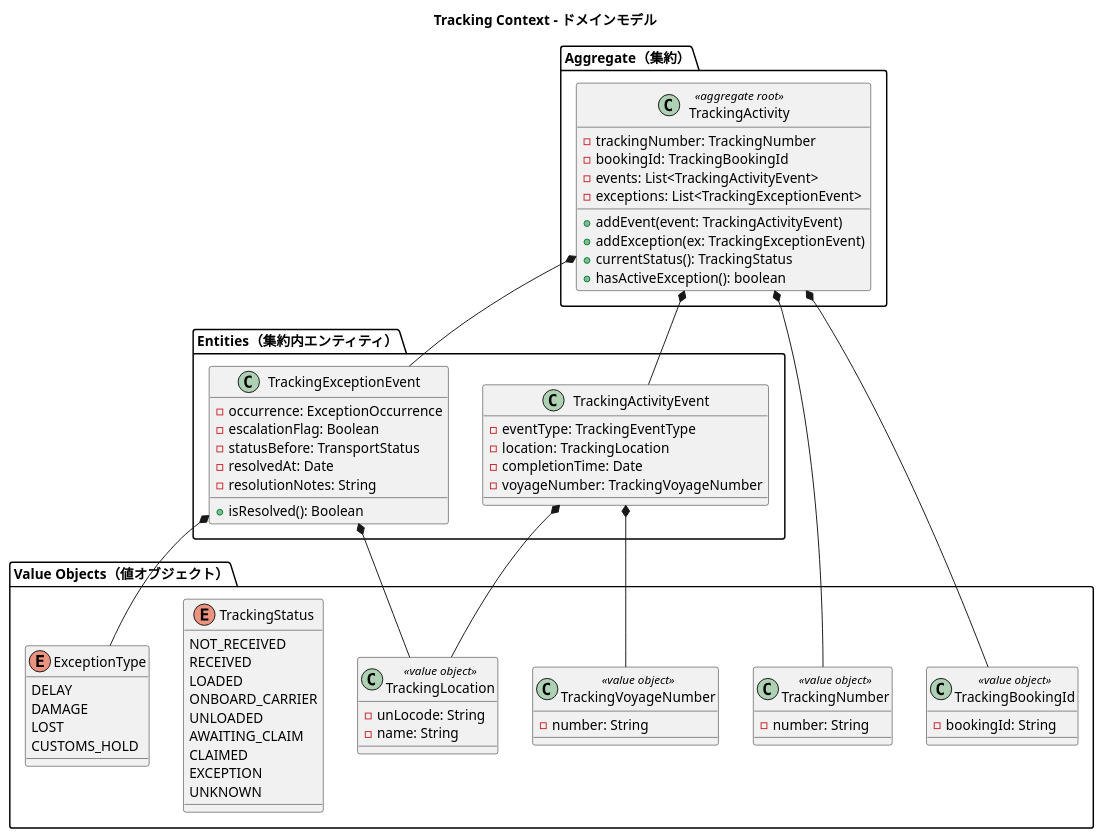
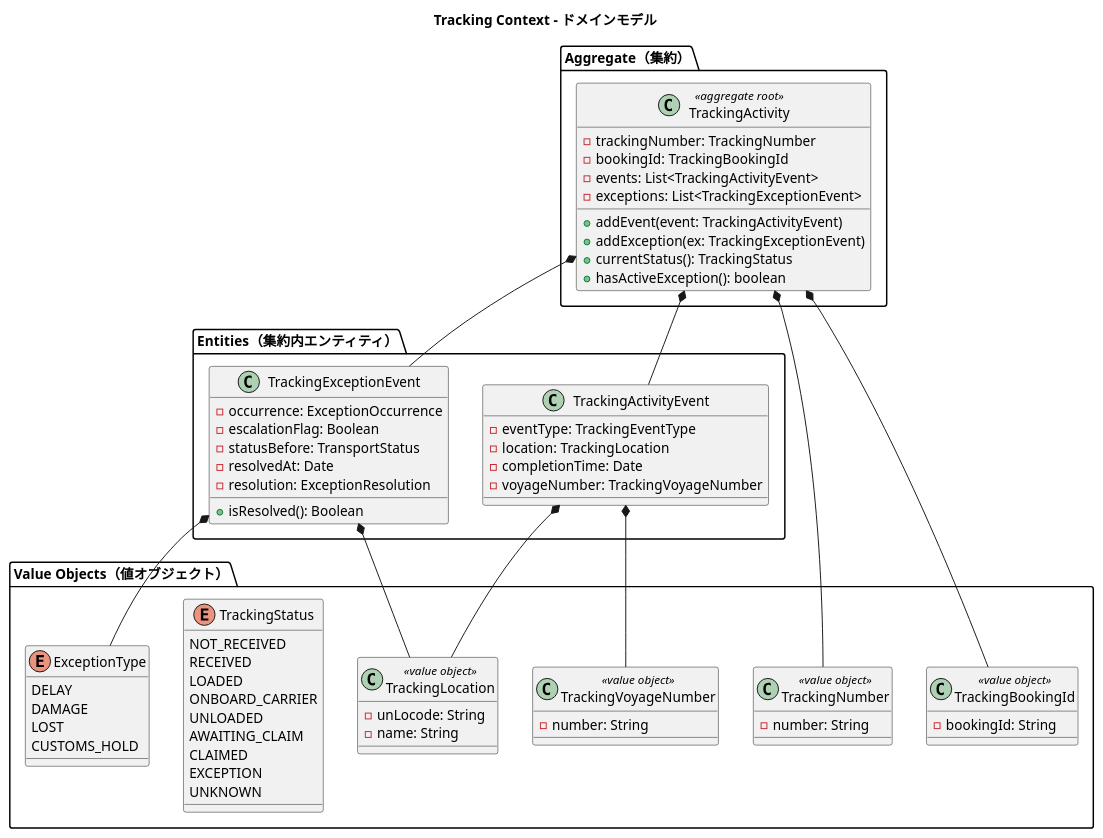
Before and after one commit to k2works/case-study-cargo-tracker: the sixth of 11 diagrams in docs/design/domain-model.md, drawn with PlantUML. The commit also changed other lines of this file and 18 other files, not shown here.

````diff
--- a/docs/design/domain-model.md
+++ b/docs/design/domain-model.md
@@ -727,78 +727,78 @@
 ```plantuml
 @startuml
 title Tracking Context - ドメインモデル
 
 package "Aggregate（集約）" {
   class TrackingActivity <<aggregate root>> {
     -trackingNumber: TrackingNumber
     -bookingId: TrackingBookingId
     -events: List<TrackingActivityEvent>
     -exceptions: List<TrackingExceptionEvent>
     +addEvent(event: TrackingActivityEvent)
     +addException(ex: TrackingExceptionEvent)
     +currentStatus(): TrackingStatus
     +hasActiveException(): boolean
   }
 }
 
 package "Entities（集約内エンティティ）" {
   class TrackingActivityEvent {
     -eventType: TrackingEventType
     -location: TrackingLocation
     -completionTime: Date
     -voyageNumber: TrackingVoyageNumber
   }
   class TrackingExceptionEvent {
     -occurrence: ExceptionOccurrence
     -escalationFlag: Boolean
     -statusBefore: TransportStatus
     -resolvedAt: Date
-    -resolutionNotes: String
+    -resolution: ExceptionResolution
     +isResolved(): Boolean
   }
 }
 
 package "Value Objects（値オブジェクト）" {
   class TrackingNumber <<value object>> {
     -number: String
   }
   class TrackingBookingId <<value object>> {
     -bookingId: String
   }
   class TrackingLocation <<value object>> {
     -unLocode: String
     -name: String
   }
   class TrackingVoyageNumber <<value object>> {
     -number: String
   }
   enum TrackingStatus {
     NOT_RECEIVED
     RECEIVED
     LOADED
     ONBOARD_CARRIER
     UNLOADED
     AWAITING_CLAIM
     CLAIMED
     EXCEPTION
     UNKNOWN
   }
   enum ExceptionType {
     DELAY
     DAMAGE
     LOST
     CUSTOMS_HOLD
   }
 }
 
 TrackingActivity *-- TrackingNumber
 TrackingActivity *-- TrackingBookingId
 TrackingActivity *-- TrackingActivityEvent
 TrackingActivity *-- TrackingExceptionEvent
 TrackingActivityEvent *-- TrackingLocation
 TrackingActivityEvent *-- TrackingVoyageNumber
 TrackingExceptionEvent *-- ExceptionType
 TrackingExceptionEvent *-- TrackingLocation
 
 @enduml
 ```
````
